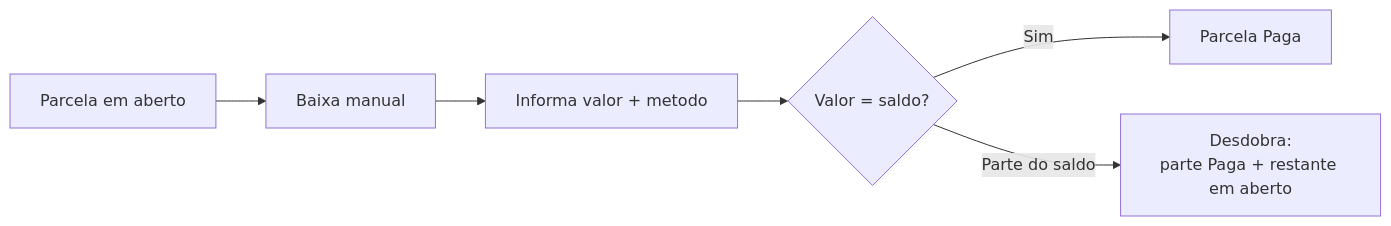
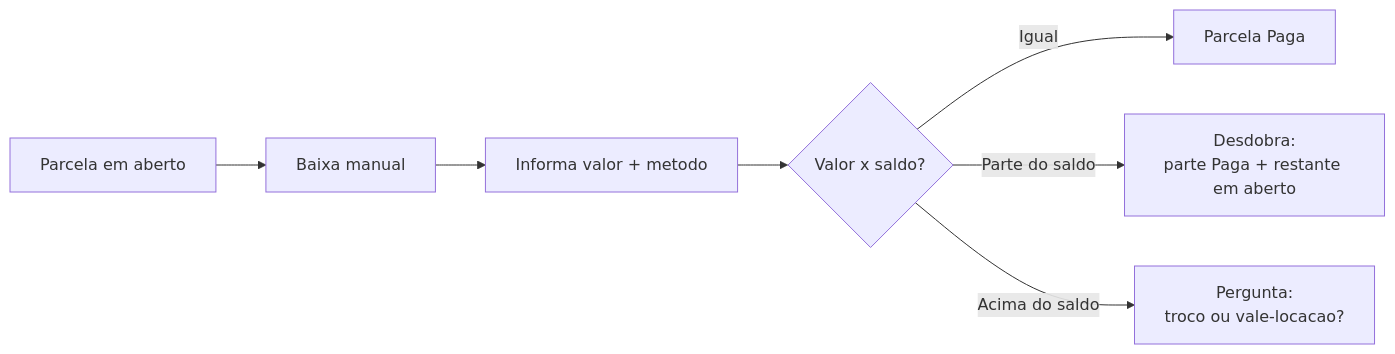
One commit to LocFlowTeam/locflow-docs changed the first of 2 diagrams in cobranca/recebendo-pagamentos.md. Above: the diagram before and after it, drawn with Mermaid. The commit also changed other lines of this file and 4 other files, not shown here.

First line of the commit message:
Central de ajuda: troco ou vale na baixa, a folha de recebimento, o combinado aos vários e o repasse com conta

````diff
--- a/cobranca/recebendo-pagamentos.md
+++ b/cobranca/recebendo-pagamentos.md
@@ -35,8 +35,9 @@
 ```mermaid
 flowchart LR
     A[Parcela em aberto] --> B[Baixa manual]
     B --> C[Informa valor + metodo]
-    C --> D{Valor = saldo?}
-    D -->|Sim| E[Parcela Paga]
+    C --> D{Valor x saldo?}
+    D -->|Igual| E[Parcela Paga]
     D -->|Parte do saldo| F[Desdobra:<br/>parte Paga + restante em aberto]
+    D -->|Acima do saldo| G[Pergunta:<br/>troco ou vale-locacao?]
 ```
````
